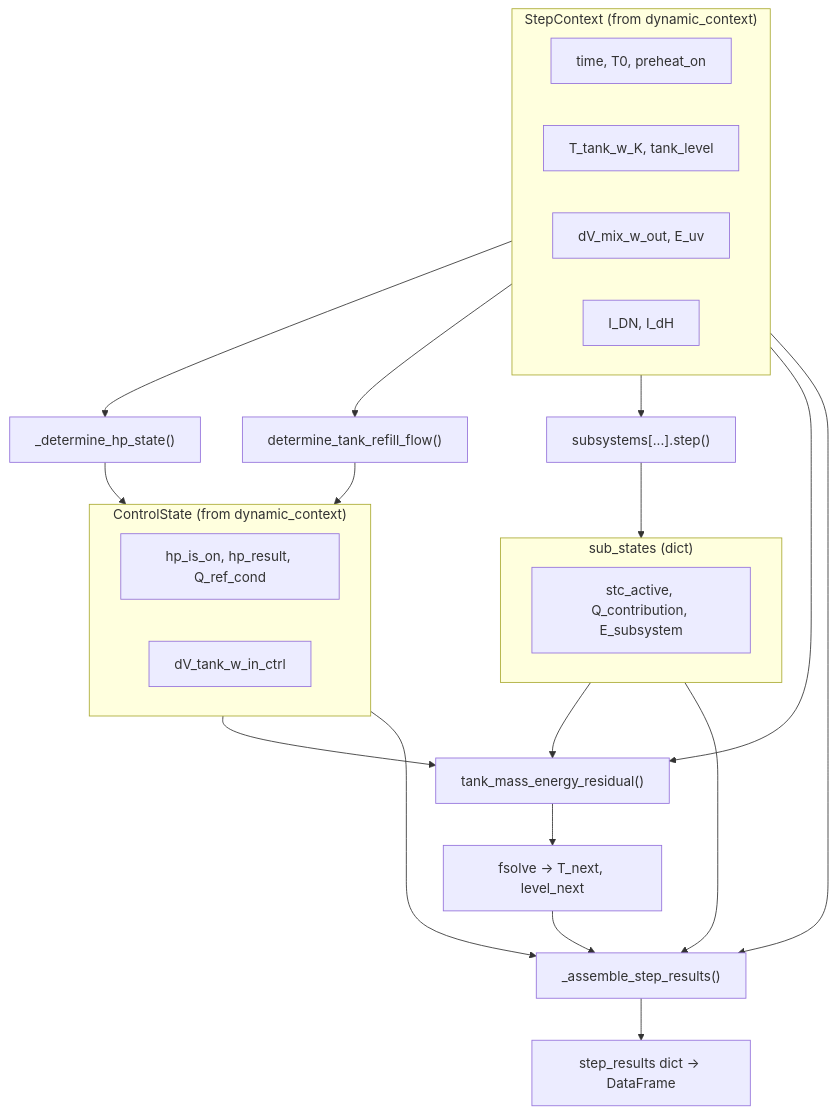
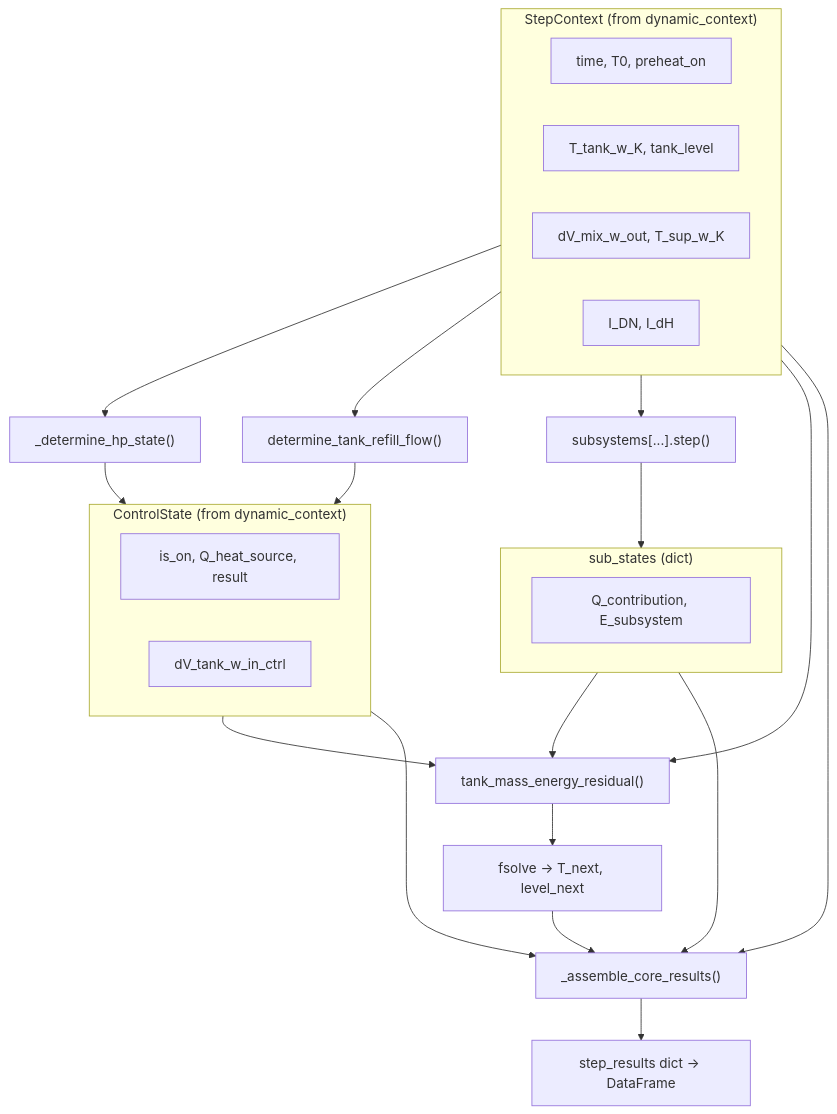
Before and after one commit to bet-lab/enex_analysis_engine: the second of 2 diagrams in docs/guides/air_source_heat_pump_boiler.md, drawn with Mermaid. The commit also changed other lines of this file and 11 other files, not shown here.

````diff
--- a/docs/guides/air_source_heat_pump_boiler.md
+++ b/docs/guides/air_source_heat_pump_boiler.md
@@ -63,40 +64,40 @@
 ```mermaid
 flowchart TD
     subgraph CTX["StepContext (from dynamic_context)"]
         direction LR
         C1["time, T0, preheat_on"]
         C2["T_tank_w_K, tank_level"]
-        C3["dV_mix_w_out, E_uv"]
+        C3["dV_mix_w_out, T_sup_w_K"]
         C4["I_DN, I_dH"]
     end
 
     CTX --> A1["_determine_hp_state()"]
     CTX --> A2["determine_tank_refill_flow()"]
     CTX --> A3["subsystems[...].step()"]
 
     subgraph CTRL["ControlState (from dynamic_context)"]
         direction LR
-        S1["hp_is_on, hp_result, Q_ref_cond"]
+        S1["is_on, Q_heat_source, result"]
         S2["dV_tank_w_in_ctrl"]
     end
     
     subgraph SUBS["sub_states (dict)"]
         direction LR
-        S3["stc_active, Q_contribution, E_subsystem"]
+        S3["Q_contribution, E_subsystem"]
     end
 
     A1 --> CTRL
     A2 --> CTRL
     A3 --> SUBS
 
     CTX --> B["tank_mass_energy_residual()"]
     CTRL --> B
     SUBS --> B
     B --> SOLVE["fsolve → T_next, level_next"]
 
-    SOLVE --> C["_assemble_step_results()"]
+    SOLVE --> C["_assemble_core_results()"]
     CTX --> C
     CTRL --> C
     SUBS --> C
     C --> OUT["step_results dict → DataFrame"]
 ```
````
